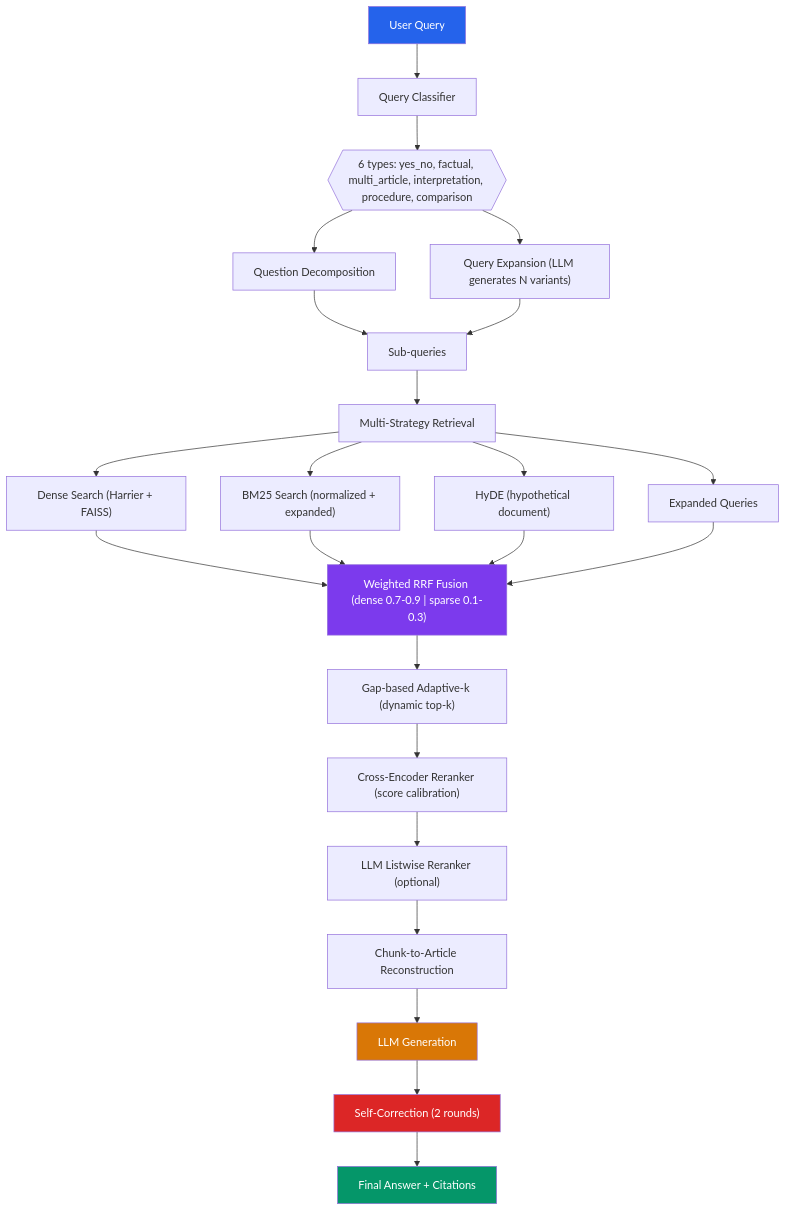
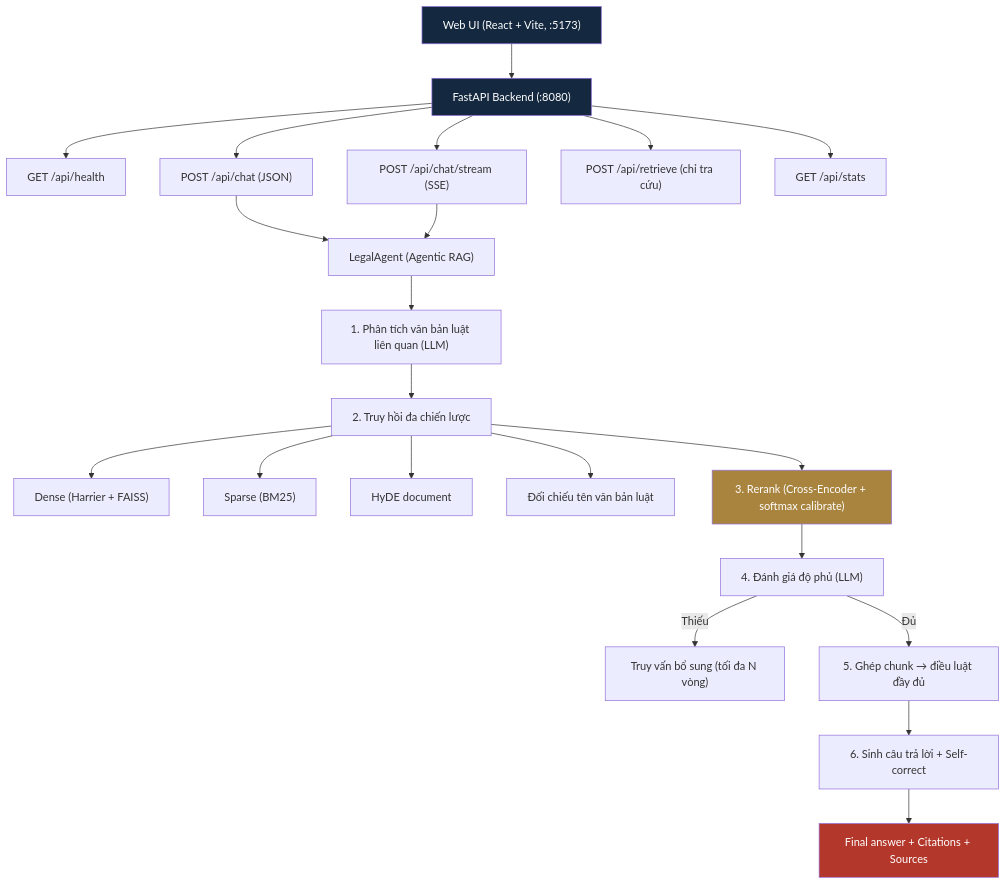
One commit to noskaiser2310/AI_RAG_LEGAL changed the diagram in README.md. Above: the diagram before and after it, drawn with Mermaid. The commit also changed other lines of this file and 31 other files, not shown here.

Commit message:
Product-ize: FastAPI backend (api/), React UI (frontend/), evaluate/ package, cache-first model loading, full README

````diff
--- a/README.md
+++ b/README.md
@@ -56,35 +51,29 @@
 ```mermaid
 flowchart TD
-    Q["User Query"] --> Classify["Query Classifier"]
-    Classify --> QT{{"6 types: yes_no, factual, multi_article, interpretation, procedure, comparison"}}
-    QT --> Decomp["Question Decomposition"]
-    QT --> Expand["Query Expansion (LLM generates N variants)"]
+    UI["Web UI (React + Vite, :5173)"] --> API["FastAPI Backend (:8080)"]
+    API --> Health["GET /api/health"]
+    API --> Chat["POST /api/chat (JSON)"]
+    API --> Stream["POST /api/chat/stream (SSE)"]
+    API --> Retrieve["POST /api/retrieve (chỉ tra cứu)"]
+    API --> Stats["GET /api/stats"]
 
-    Decomp --> SubQ["Sub-queries"]
-    Expand --> SubQ
+    Chat --> Agent["LegalAgent (Agentic RAG)"]
+    Stream --> Agent
+    Agent --> Analyze["1. Phân tích văn bản luật liên quan (LLM)"]
+    Analyze --> Retrieval["2. Truy hồi đa chiến lược"]
+    Retrieval --> Dense["Dense (Harrier + FAISS)"]
+    Retrieval --> Sparse["Sparse (BM25)"]
+    Retrieval --> HyDE["HyDE document"]
+    Retrieval --> LawMatch["Đối chiếu tên văn bản luật"]
+    Retrieval --> Rerank["3. Rerank (Cross-Encoder + softmax calibrate)"]
+    Rerank --> Assess["4. Đánh giá độ phủ (LLM)"]
+    Assess -->|Thiếu| FollowUp["Truy vấn bổ sung (tối đa N vòng)"]
+    Assess -->|Đủ| Reconstruct["5. Ghép chunk → điều luật đầy đủ"]
+    Reconstruct --> Gen["6. Sinh câu trả lời + Self-correct"]
+    Gen --> Answer["Final answer + Citations + Sources"]
 
-    SubQ --> MultiRet["Multi-Strategy Retrieval"]
-    MultiRet --> Dense["Dense Search (Harrier + FAISS)"]
-    MultiRet --> BM25["BM25 Search (normalized + expanded)"]
-    MultiRet --> HyDE["HyDE (hypothetical document)"]
-    MultiRet --> ExpQ["Expanded Queries"]
-
-    Dense --> RRF
-    BM25 --> RRF
-    HyDE --> RRF
-    ExpQ --> RRF
-
-    RRF["Weighted RRF Fusion (dense 0.7-0.9 | sparse 0.1-0.3)"] --> AdaptiveK["Gap-based Adaptive-k (dynamic top-k)"]
-    AdaptiveK --> Rerank1["Cross-Encoder Reranker (score calibration)"]
-    Rerank1 --> Rerank2["LLM Listwise Reranker (optional)"]
-    Rerank2 --> Reconstruct["Chunk-to-Article Reconstruction"]
-    Reconstruct --> Gen["LLM Generation"]
-    Gen --> Correct["Self-Correction (2 rounds)"]
-    Correct --> Answer["Final Answer + Citations"]
-
-    style Q fill:#2563eb,color:#fff
-    style Answer fill:#059669,color:#fff
-    style RRF fill:#7c3aed,color:#fff
-    style Gen fill:#d97706,color:#fff
-    style Correct fill:#dc2626,color:#fff
+    style UI fill:#14283f,color:#fff
+    style API fill:#14283f,color:#fff
+    style Answer fill:#b3372b,color:#fff
+    style Rerank fill:#a9843f,color:#fff
 ```
````
